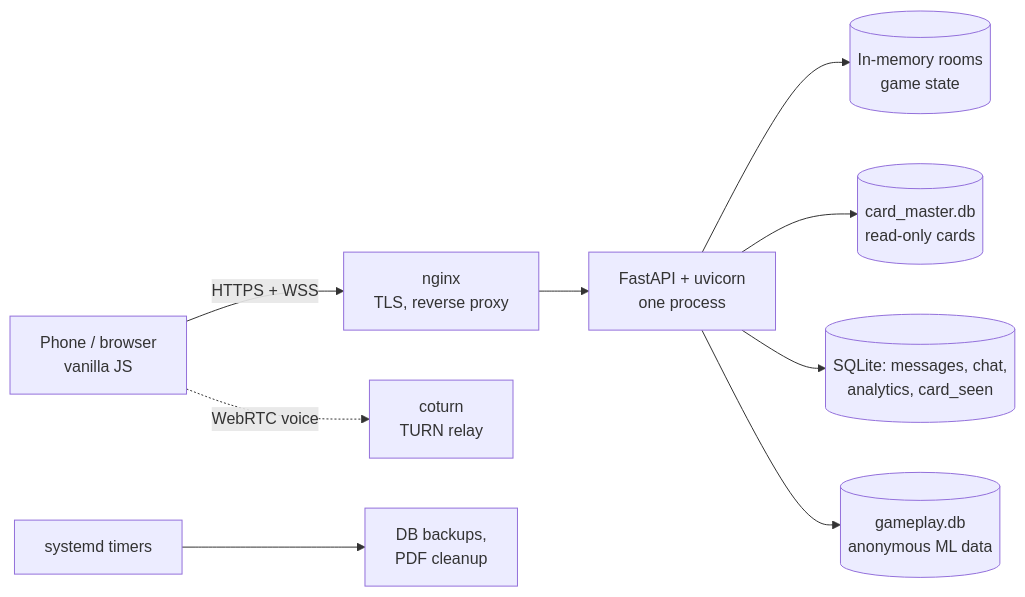
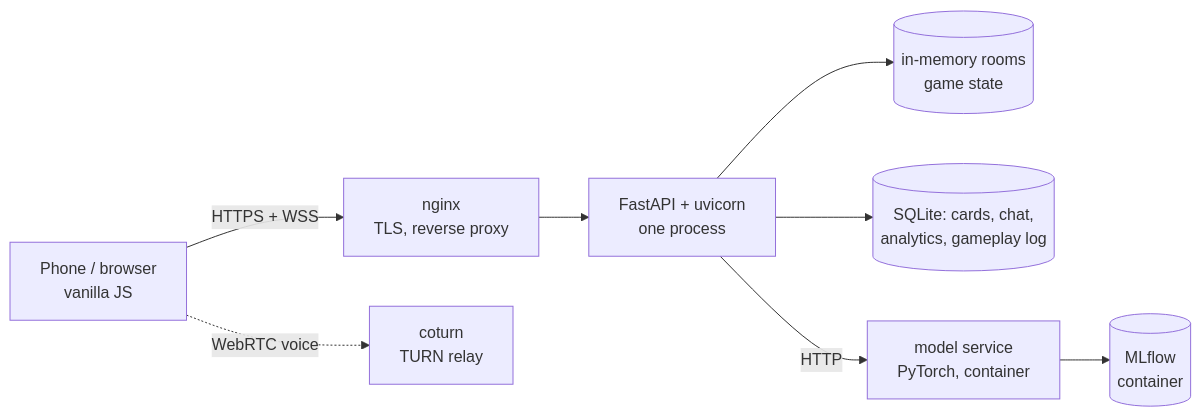
The second of 3 diagrams in README.md (csipapicsa/emberisegelleneskartyak), drawn with Mermaid before and after one commit. The commit also changed other lines of this file, not shown here.

````diff
--- a/README.md
+++ b/README.md
@@ -30,11 +76,10 @@
 ```mermaid
 flowchart LR
     B[Phone / browser<br>vanilla JS] -- HTTPS + WSS --> N[nginx<br>TLS, reverse proxy]
     B -. WebRTC voice .-> T[coturn<br>TURN relay]
     N --> A[FastAPI + uvicorn<br>one process]
-    A --> R[(In-memory rooms<br>game state)]
-    A --> C[(card_master.db<br>read-only cards)]
-    A --> M[(SQLite: messages, chat,<br>analytics, card_seen)]
-    A --> G[(gameplay.db<br>anonymous ML data)]
-    S[systemd timers] --> BK[DB backups,<br>PDF cleanup]
+    A --> R[(in-memory rooms<br>game state)]
+    A --> D[(SQLite: cards, chat,<br>analytics, gameplay log)]
+    A -- HTTP --> MS[model service<br>PyTorch, container]
+    MS --> MF[(MLflow<br>container)]
 ```
````
